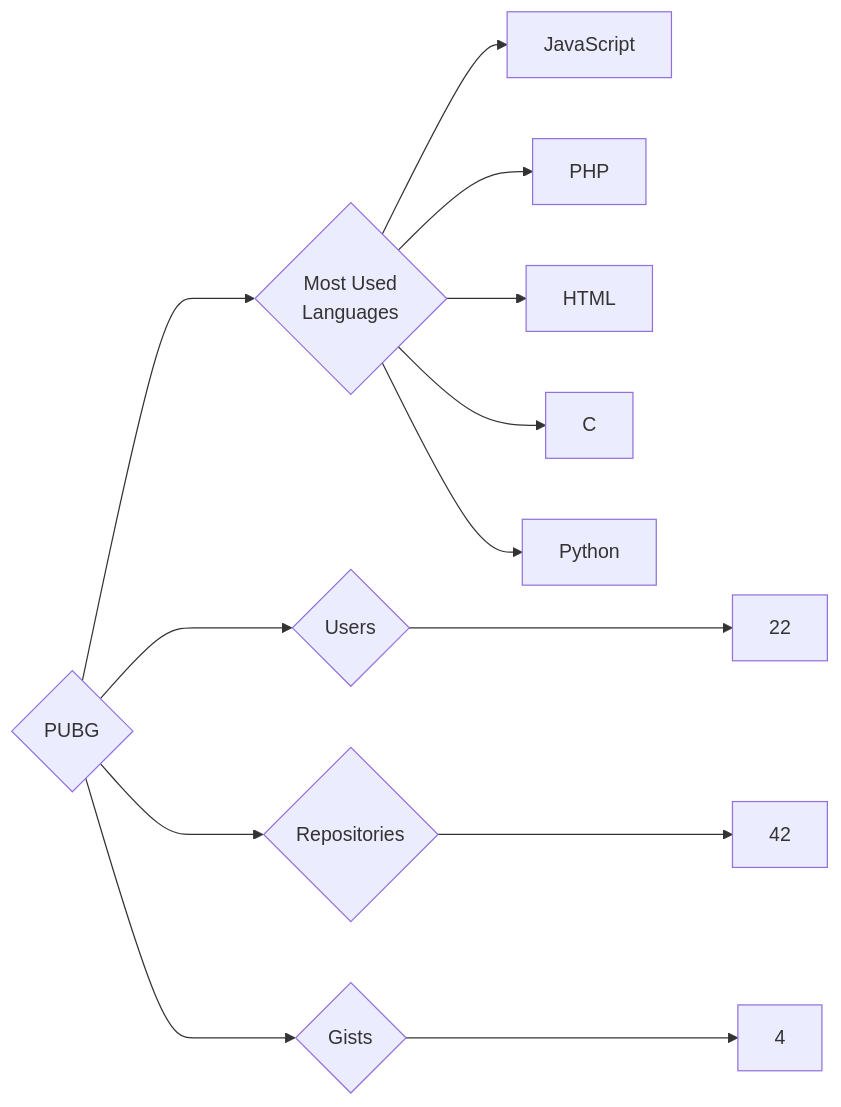
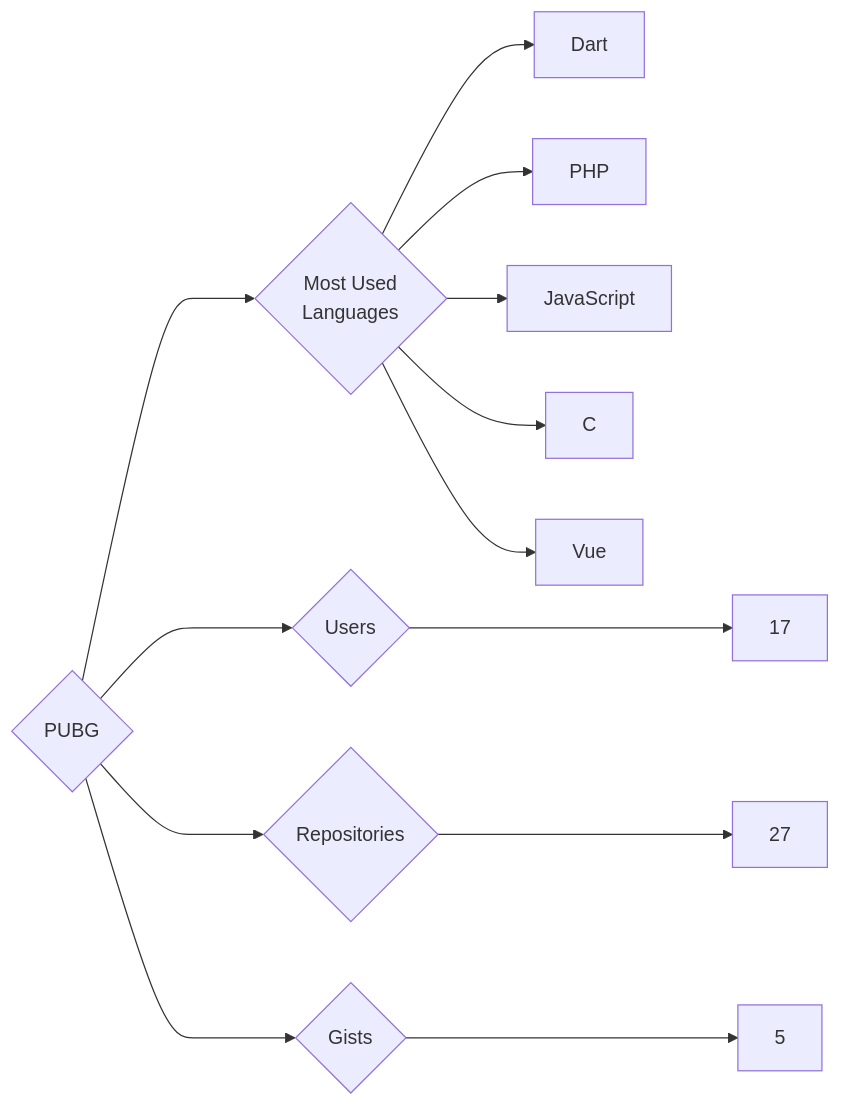
Before and after one commit to trickest/insiders: the diagram in targets/PUBG/README.md, drawn with Mermaid. The commit also changed 953 other files, not shown here.

````diff
--- a/targets/PUBG/README.md
+++ b/targets/PUBG/README.md
@@ -3,13 +3,13 @@
 ```mermaid
 graph LR
 COMPANY_NAME{PUBG}
-COMPANY_NAME ---> U{Users} ---> UN[22]
-COMPANY_NAME ---> R{Repositories} ---> RN[42]
-COMPANY_NAME ---> G{Gists} ---> GN[4]
+COMPANY_NAME ---> U{Users} ---> UN[17]
+COMPANY_NAME ---> R{Repositories} ---> RN[27]
+COMPANY_NAME ---> G{Gists} ---> GN[5]
 COMPANY_NAME ---> ML{Most Used<br>Languages}
+ML --> Dart[Dart]
+ML --> PHP[PHP]
 ML --> JavaScript[JavaScript]
-ML --> PHP[PHP]
-ML --> HTML[HTML]
 ML --> C[C]
-ML --> Python[Python]
+ML --> Vue[Vue]
 ```
````
